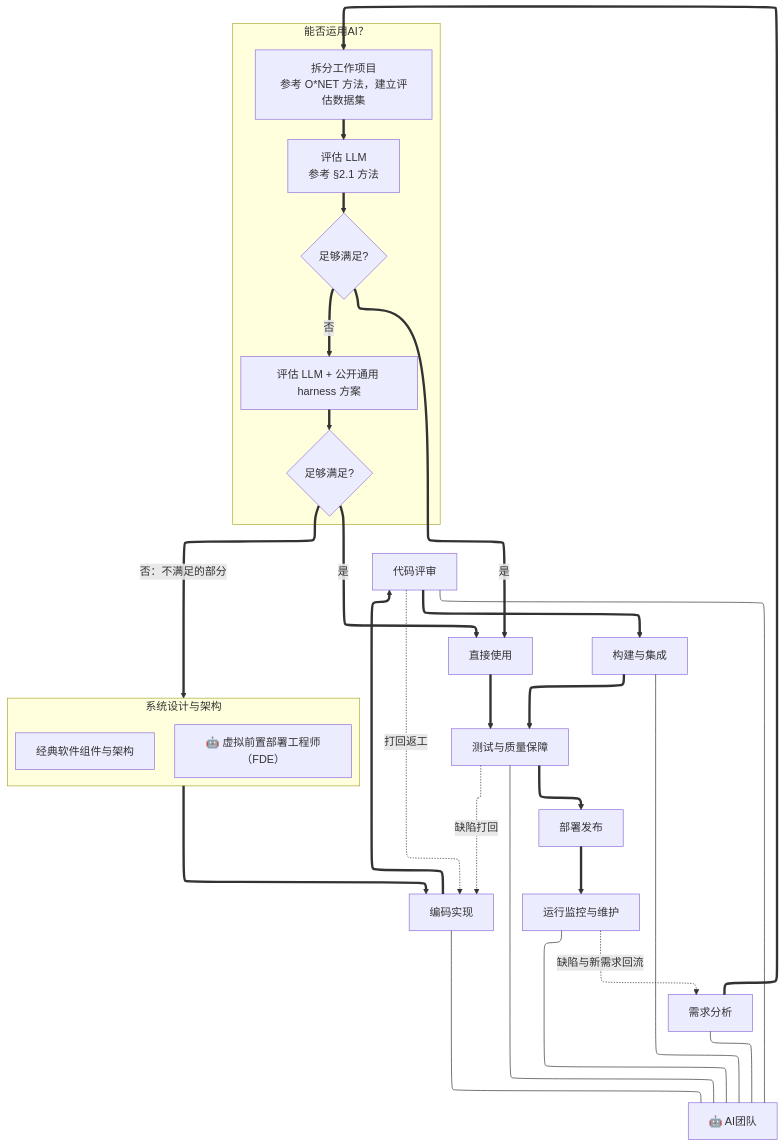
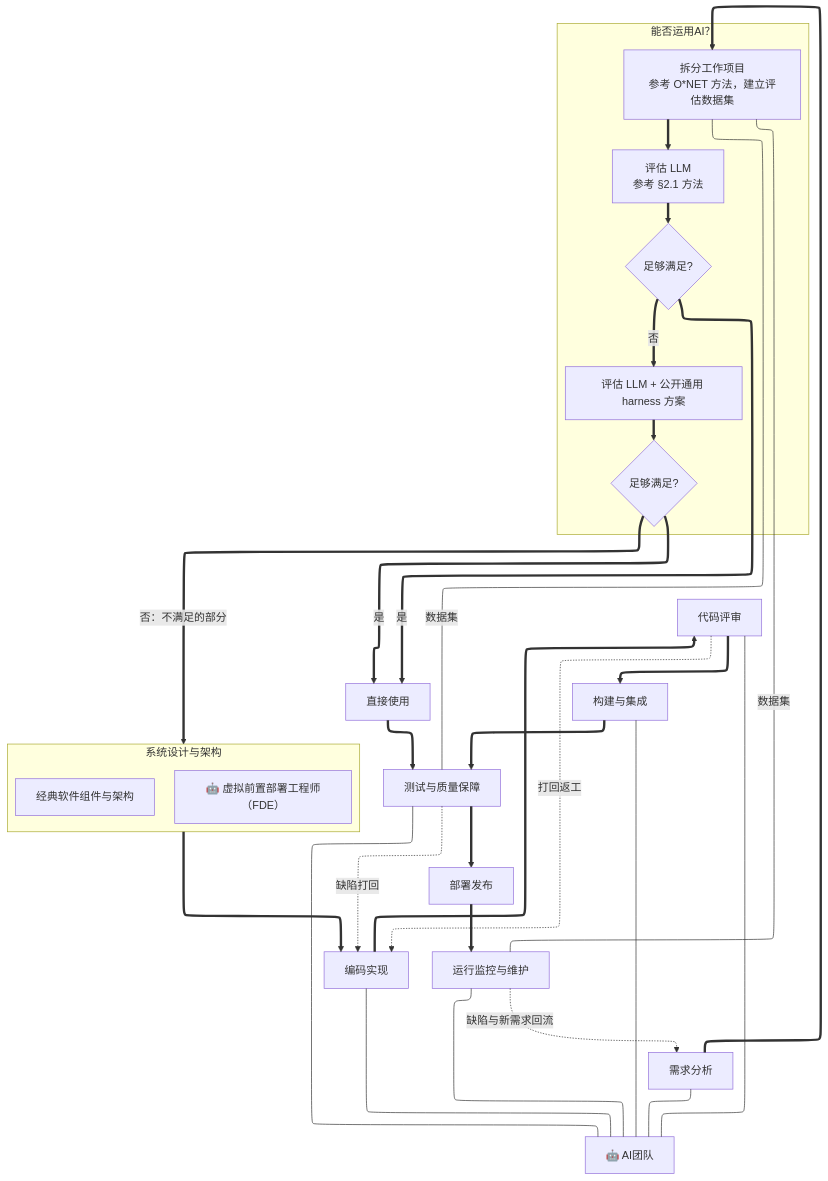
The second of 2 diagrams in chat/AIKnowledgeLabor.md (AI-LLM/Controversy), drawn with Mermaid before and after one commit. The commit also changed 2 other files, not shown here.

Commit message:
A1连无箭头实线（标签：“数据集”）到 测试与质量保障 运行监控与维护

````diff
--- a/chat/AIKnowledgeLabor.md
+++ b/chat/AIKnowledgeLabor.md
@@ -628,39 +628,41 @@
 ```mermaid
 ---
 config:
   layout: elk
 ---
 graph TD
     R[需求分析] ==> A1
     subgraph SP [能否运用AI？]
         direction TB
         A1[拆分工作项目<br/>参考 O*NET 方法，建立评估数据集] ==> A2[评估 LLM<br/>参考 §2.1 方法]
         A2 ==> Q1{足够满足?}
         Q1 == 否 ==> A3[评估 LLM + 公开通用 harness 方案]
         A3 ==> Q2{足够满足?}
     end
     Q1 == 是 ==> U[直接使用]
     Q2 == 是 ==> U
     U ==> T
     subgraph D [系统设计与架构]
         direction TB
         D1[经典软件组件与架构]
         D2[🤖 虚拟前置部署工程师（FDE）]
     end
     Q2 == 否：不满足的部分 ==> D
     D ==> C[编码实现]
     C ==> CR[代码评审]
     CR ==> IG[构建与集成]
     IG ==> T[测试与质量保障]
     T ==> DP[部署发布]
     DP ==> MO[运行监控与维护]
     CR -. 打回返工 .-> C
     T -. 缺陷打回 .-> C
     MO -. 缺陷与新需求回流 .-> R
     R --- AIE[🤖 AI团队]
     C --- AIE
     CR --- AIE
     IG --- AIE
     T --- AIE
     MO --- AIE
+    A1 ---|数据集| T
+    A1 ---|数据集| MO
 ```
````
